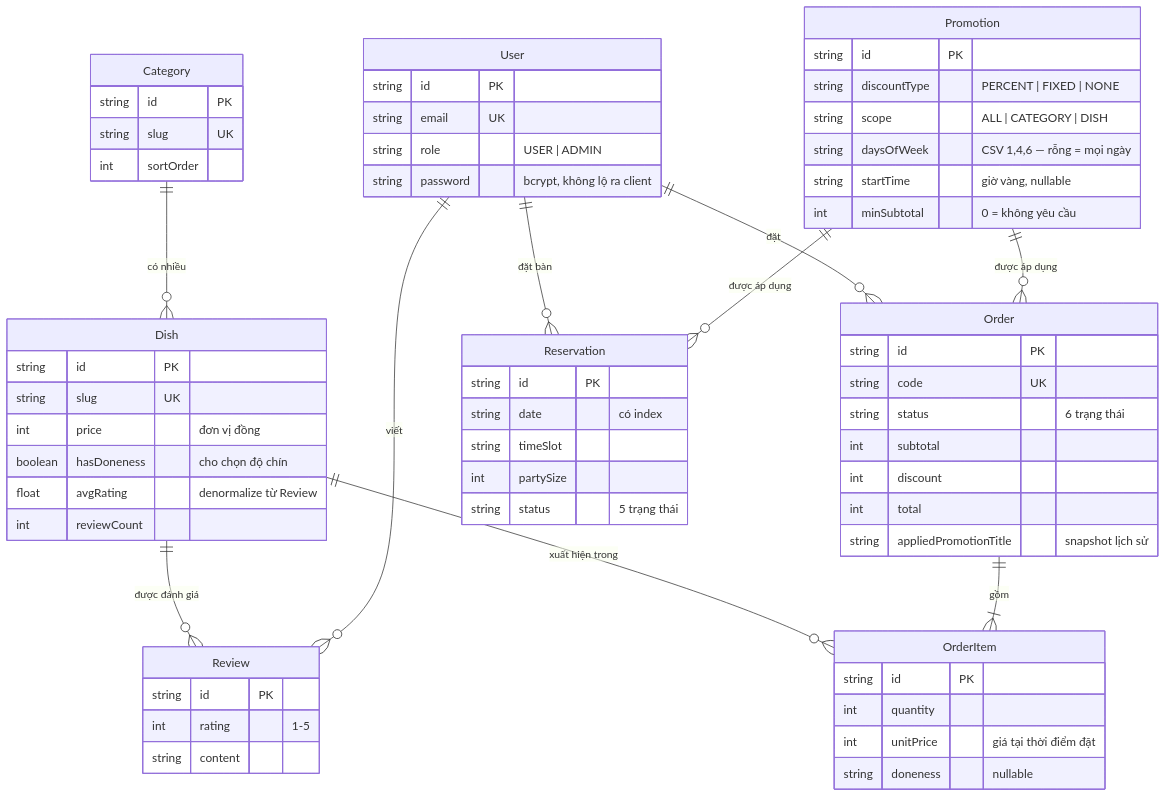
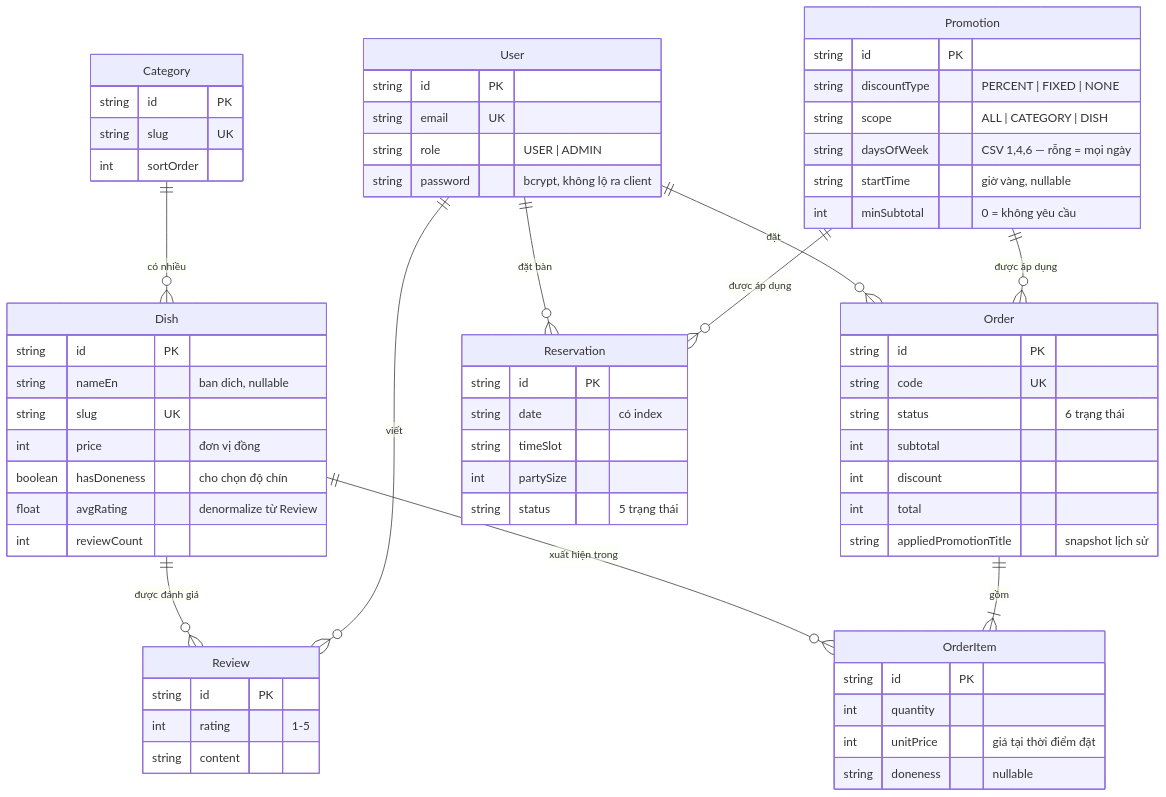
The diagram in README.md (hungknh/BeefSteakRestaurant), drawn with Mermaid before and after one commit. The commit also changed other lines of this file and 50 other files, not shown here.

````diff
--- a/README.md
+++ b/README.md
@@ -95,67 +103,68 @@
 ```mermaid
 erDiagram
     Category ||--o{ Dish : "có nhiều"
     Dish ||--o{ Review : "được đánh giá"
     Dish ||--o{ OrderItem : "xuất hiện trong"
     User ||--o{ Review : "viết"
     User ||--o{ Order : "đặt"
     User ||--o{ Reservation : "đặt bàn"
     Order ||--|{ OrderItem : "gồm"
     Promotion ||--o{ Order : "được áp dụng"
     Promotion ||--o{ Reservation : "được áp dụng"
 
     Category {
         string id PK
         string slug UK
         int sortOrder
     }
     Dish {
         string id PK
+        string nameEn "ban dich, nullable"
         string slug UK
         int price "đơn vị đồng"
         boolean hasDoneness "cho chọn độ chín"
         float avgRating "denormalize từ Review"
         int reviewCount
     }
     Promotion {
         string id PK
         string discountType "PERCENT | FIXED | NONE"
         string scope "ALL | CATEGORY | DISH"
         string daysOfWeek "CSV 1,4,6 — rỗng = mọi ngày"
         string startTime "giờ vàng, nullable"
         int minSubtotal "0 = không yêu cầu"
     }
     User {
         string id PK
         string email UK
         string role "USER | ADMIN"
         string password "bcrypt, không lộ ra client"
     }
     Order {
         string id PK
         string code UK
         string status "6 trạng thái"
         int subtotal
         int discount
         int total
         string appliedPromotionTitle "snapshot lịch sử"
     }
     OrderItem {
         string id PK
         int quantity
         int unitPrice "giá tại thời điểm đặt"
         string doneness "nullable"
     }
     Reservation {
         string id PK
         string date "có index"
         string timeSlot
         int partySize
         string status "5 trạng thái"
     }
     Review {
         string id PK
         int rating "1-5"
         string content
     }
 ```
````
